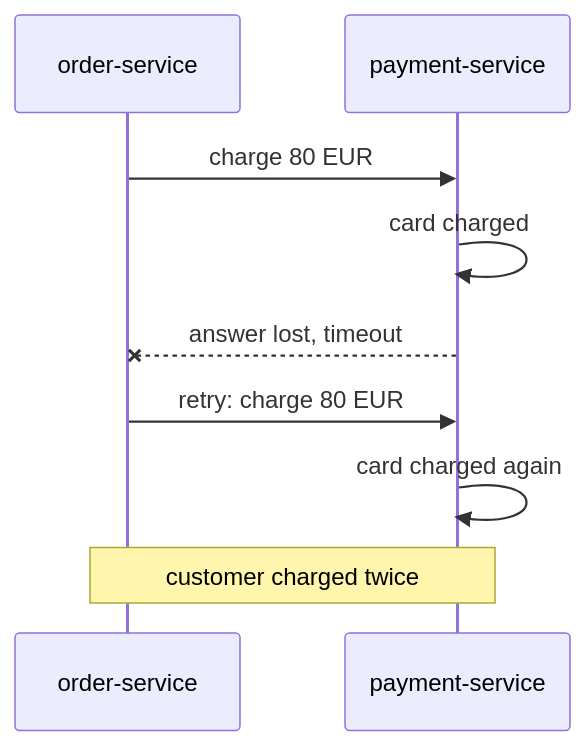
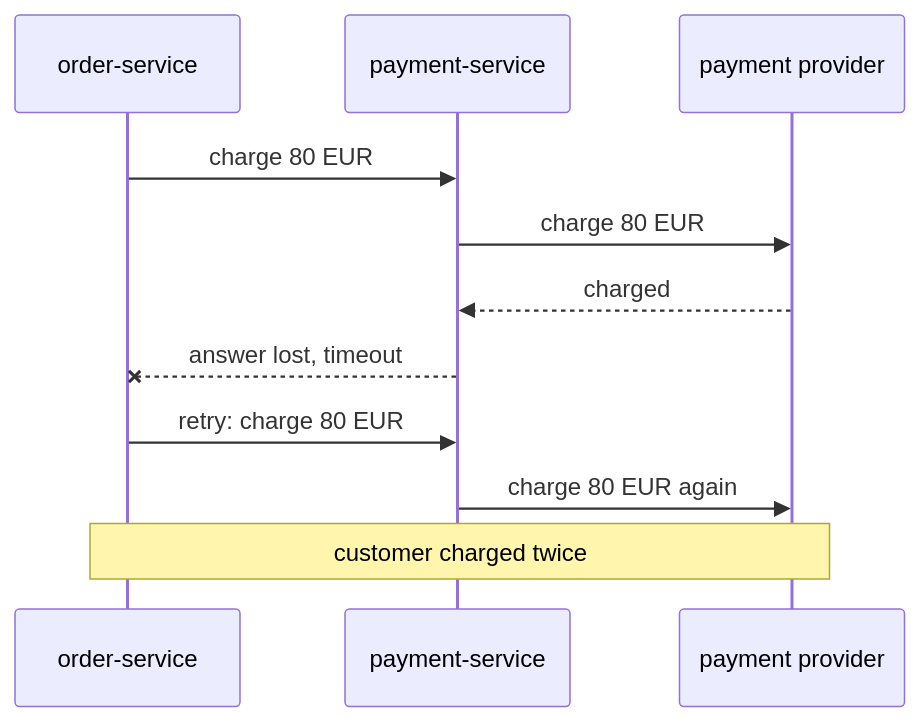
One commit to jubin-techwiz/learning changed the first of 2 diagrams in notes/01-resilience/04-idempotency.md. Above: the diagram before and after it, drawn with Mermaid. The commit also changed other lines of this file and 11 other files, not shown here.

````diff
--- a/notes/01-resilience/04-idempotency.md
+++ b/notes/01-resilience/04-idempotency.md
@@ -26,11 +53,13 @@
 ```mermaid
 sequenceDiagram
     participant O as order-service
     participant P as payment-service
+    participant G as payment provider
     O->>P: charge 80 EUR
-    P->>P: card charged
+    P->>G: charge 80 EUR
+    G-->>P: charged
     P--xO: answer lost, timeout
     O->>P: retry: charge 80 EUR
-    P->>P: card charged again
-    Note over O,P: customer charged twice
+    P->>G: charge 80 EUR again
+    Note over O,G: customer charged twice
 ```
````
